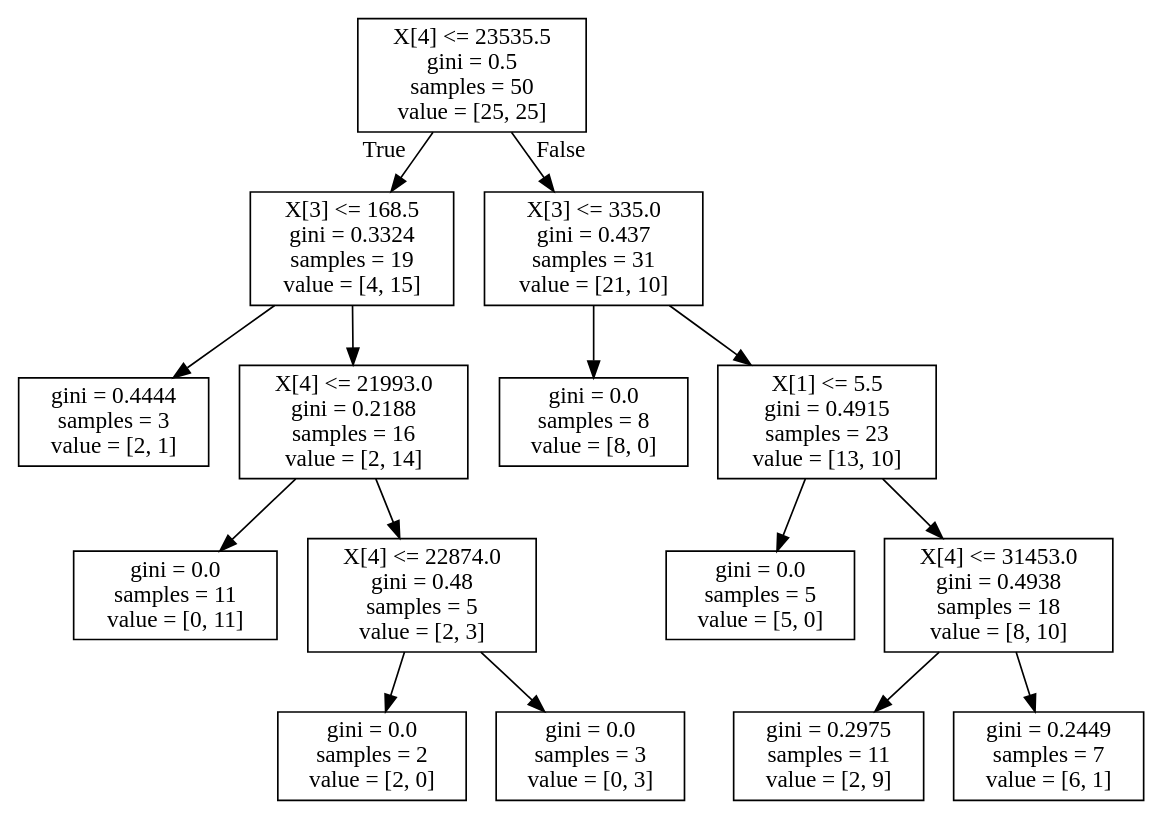
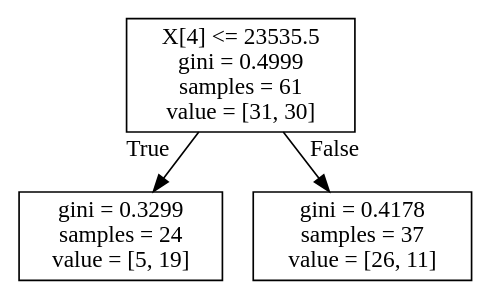
The diagram in NaoDecisionTree.dot (cmcollander/NaoLego), drawn with Graphviz before and after one commit. The commit also changed 3 other files, not shown here.

```diff
--- a/NaoDecisionTree.dot
+++ b/NaoDecisionTree.dot
@@ -1,32 +1,8 @@
 digraph Tree {
 node [shape=box] ;
-0 [label="X[4] <= 23535.5\ngini = 0.5\nsamples = 50\nvalue = [25, 25]"] ;
-1 [label="X[3] <= 168.5\ngini = 0.3324\nsamples = 19\nvalue = [4, 15]"] ;
+0 [label="X[4] <= 23535.5\ngini = 0.4999\nsamples = 61\nvalue = [31, 30]"] ;
+1 [label="gini = 0.3299\nsamples = 24\nvalue = [5, 19]"] ;
 0 -> 1 [labeldistance=2.5, labelangle=45, headlabel="True"] ;
-2 [label="gini = 0.4444\nsamples = 3\nvalue = [2, 1]"] ;
-1 -> 2 ;
-3 [label="X[4] <= 21993.0\ngini = 0.2188\nsamples = 16\nvalue = [2, 14]"] ;
-1 -> 3 ;
-4 [label="gini = 0.0\nsamples = 11\nvalue = [0, 11]"] ;
-3 -> 4 ;
-5 [label="X[4] <= 22874.0\ngini = 0.48\nsamples = 5\nvalue = [2, 3]"] ;
-3 -> 5 ;
-6 [label="gini = 0.0\nsamples = 2\nvalue = [2, 0]"] ;
-5 -> 6 ;
-7 [label="gini = 0.0\nsamples = 3\nvalue = [0, 3]"] ;
-5 -> 7 ;
-8 [label="X[3] <= 335.0\ngini = 0.437\nsamples = 31\nvalue = [21, 10]"] ;
-0 -> 8 [labeldistance=2.5, labelangle=-45, headlabel="False"] ;
-9 [label="gini = 0.0\nsamples = 8\nvalue = [8, 0]"] ;
-8 -> 9 ;
-10 [label="X[1] <= 5.5\ngini = 0.4915\nsamples = 23\nvalue = [13, 10]"] ;
-8 -> 10 ;
-11 [label="gini = 0.0\nsamples = 5\nvalue = [5, 0]"] ;
-10 -> 11 ;
-12 [label="X[4] <= 31453.0\ngini = 0.4938\nsamples = 18\nvalue = [8, 10]"] ;
-10 -> 12 ;
-13 [label="gini = 0.2975\nsamples = 11\nvalue = [2, 9]"] ;
-12 -> 13 ;
-14 [label="gini = 0.2449\nsamples = 7\nvalue = [6, 1]"] ;
-12 -> 14 ;
+2 [label="gini = 0.4178\nsamples = 37\nvalue = [26, 11]"] ;
+0 -> 2 [labeldistance=2.5, labelangle=-45, headlabel="False"] ;
 }
```
